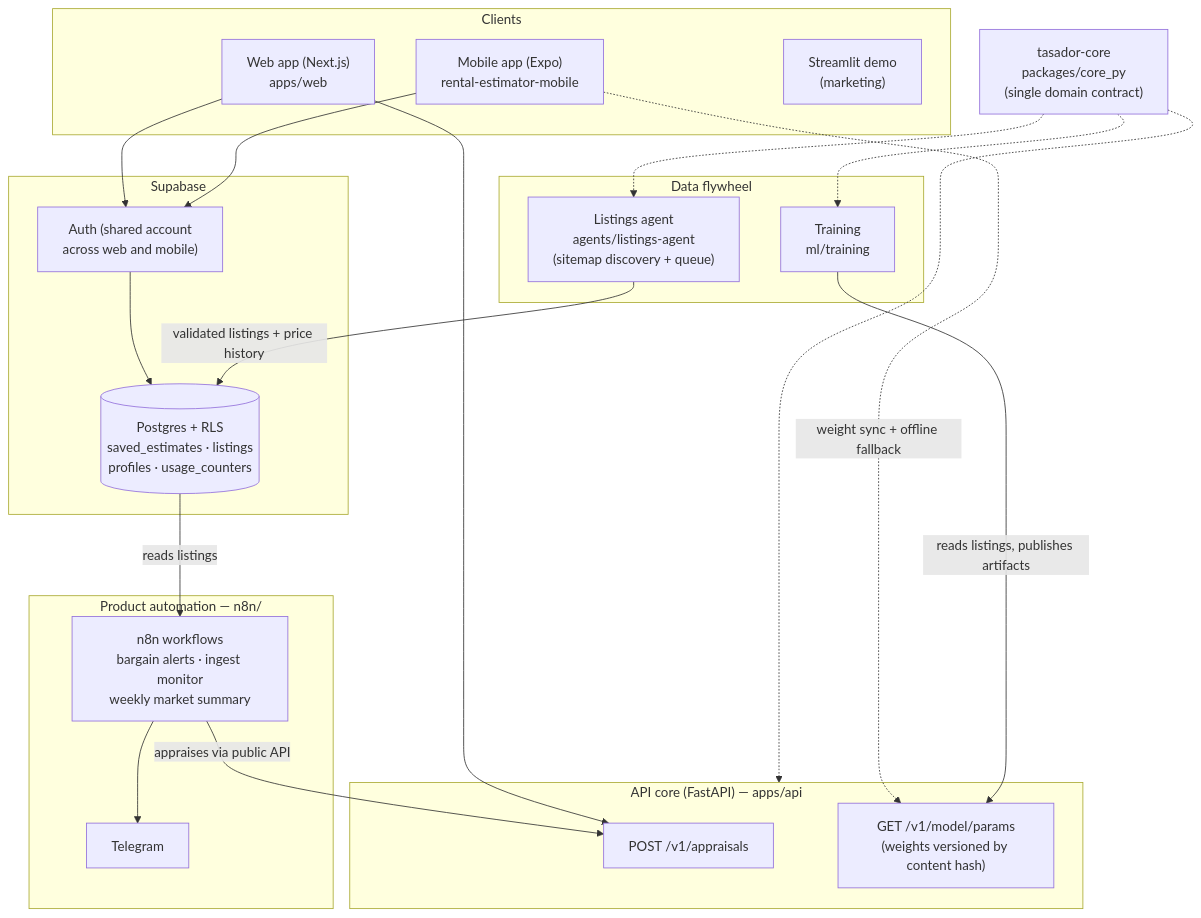
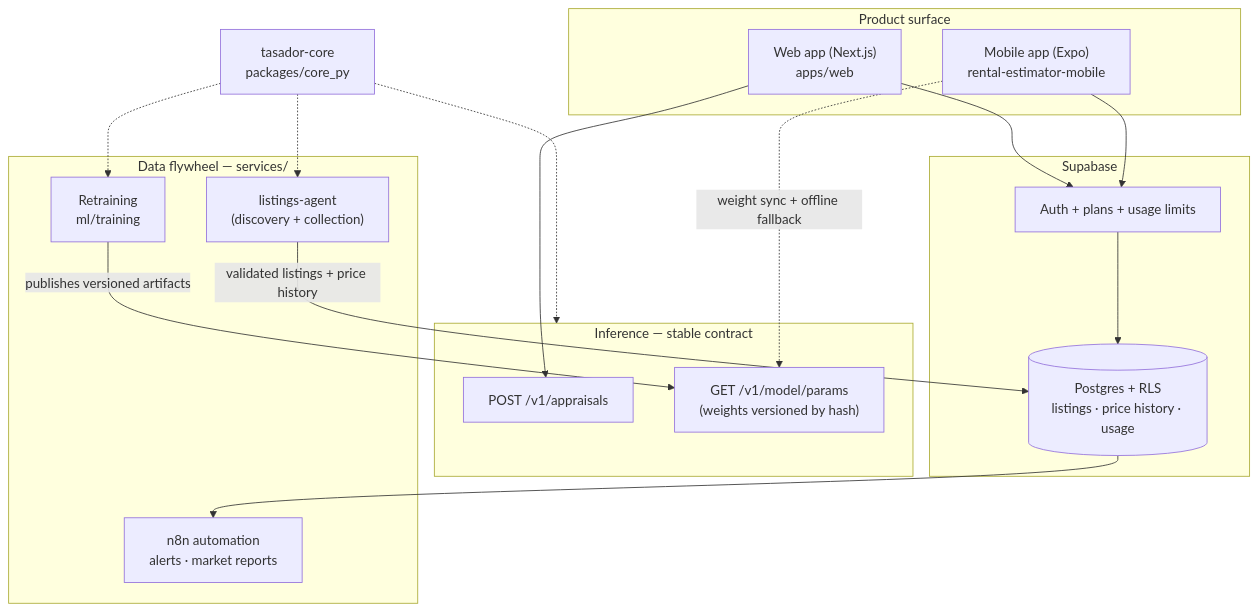
Before and after one commit to Criscarr26/tasador-sd: the diagram in README.md, drawn with Mermaid. The commit also changed other lines of this file and 3 other files, not shown here.

````diff
--- a/README.md
+++ b/README.md
@@ -18,40 +119,29 @@
 ```mermaid
 flowchart TB
-    subgraph Clients
+    subgraph Product["Product surface"]
         WEB["Web app (Next.js)\napps/web"]
         MOB["Mobile app (Expo)\nrental-estimator-mobile"]
-        DEMO["Streamlit demo\n(marketing)"]
     end
-
-    subgraph Core["API core (FastAPI) — apps/api"]
+    subgraph Core["Inference — stable contract"]
         APPR["POST /v1/appraisals"]
-        MODP["GET /v1/model/params\n(weights versioned by content hash)"]
+        MODP["GET /v1/model/params\n(weights versioned by hash)"]
     end
-
     subgraph Supabase
-        AUTH["Auth (shared account\nacross web and mobile)"]
-        DB[("Postgres + RLS\nsaved_estimates · listings\nprofiles · usage_counters")]
+        AUTH["Auth + plans + usage limits"]
+        DB[("Postgres + RLS\nlistings · price history · usage")]
     end
-
-    subgraph Data["Data flywheel"]
-        AGENT["Listings agent\nagents/listings-agent\n(sitemap discovery + queue)"]
-        TRAIN["Training\nml/training"]
+    subgraph Flywheel["Data flywheel — services/"]
+        AGENT["listings-agent\n(discovery + collection)"]
+        N8N["n8n automation\nalerts · market reports"]
+        TRAIN["Retraining\nml/training"]
     end
-
-    subgraph Autom["Product automation — n8n/"]
-        N8N["n8n workflows\nbargain alerts · ingest monitor\nweekly market summary"]
-        TG["Telegram"]
-    end
-
-    PKG["tasador-core\npackages/core_py\n(single domain contract)"]
+    PKG["tasador-core\npackages/core_py"]
 
     WEB --> APPR
     MOB -.->|weight sync + offline fallback| MODP
     WEB & MOB --> AUTH --> DB
     AGENT -->|validated listings + price history| DB
-    TRAIN -->|reads listings, publishes artifacts| MODP
-    DB -->|reads listings| N8N
-    N8N -->|appraises via public API| APPR
-    N8N --> TG
+    DB --> N8N
+    TRAIN -->|publishes versioned artifacts| MODP
     PKG -.-> Core & AGENT & TRAIN
 ```
````
